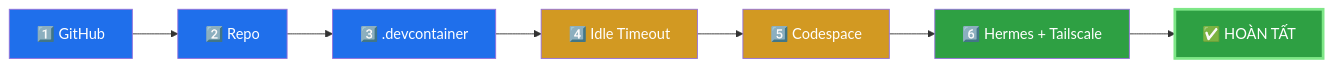
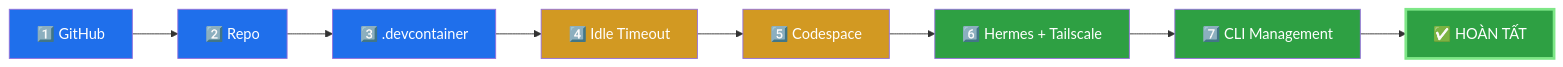
Before and after one commit to skappafrost/codespaces-hermes-server: the second of 3 diagrams in README.md, drawn with Mermaid. The commit also changed other lines of this file and 6 other files, not shown here.

Commit message:
Add codespace CLI management guide + update docs

````diff
--- a/README.md
+++ b/README.md
@@ -88,17 +89,19 @@
 ```mermaid
 flowchart LR
     P1["1️⃣ GitHub"] --> P2["2️⃣ Repo"]
     P2 --> P3["3️⃣ .devcontainer"]
     P3 --> P4["4️⃣ Idle Timeout"]
     P4 --> P5["5️⃣ Codespace"]
     P5 --> P6["6️⃣ Hermes + Tailscale"]
-    P6 --> Done["✅ HOÀN TẤT"]
+    P6 --> P7["7️⃣ CLI Management"]
+    P7 --> Done["✅ HOÀN TẤT"]
 
     style P1 fill:#1f6feb,color:#fff
     style P2 fill:#1f6feb,color:#fff
     style P3 fill:#1f6feb,color:#fff
     style P4 fill:#d29922,color:#fff
     style P5 fill:#d29922,color:#fff
     style P6 fill:#2ea043,color:#fff
+    style P7 fill:#2ea043,color:#fff
     style Done fill:#2ea043,color:#fff,stroke:#7ee787,stroke-width:3px
 ```
````
